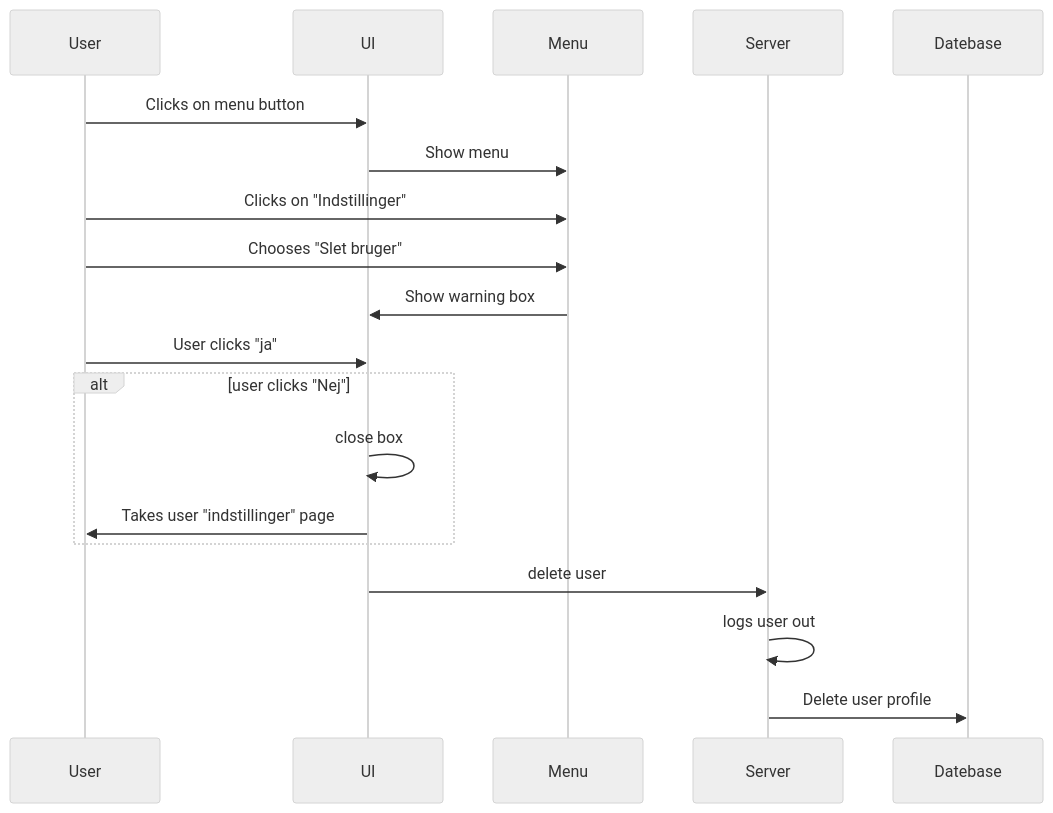
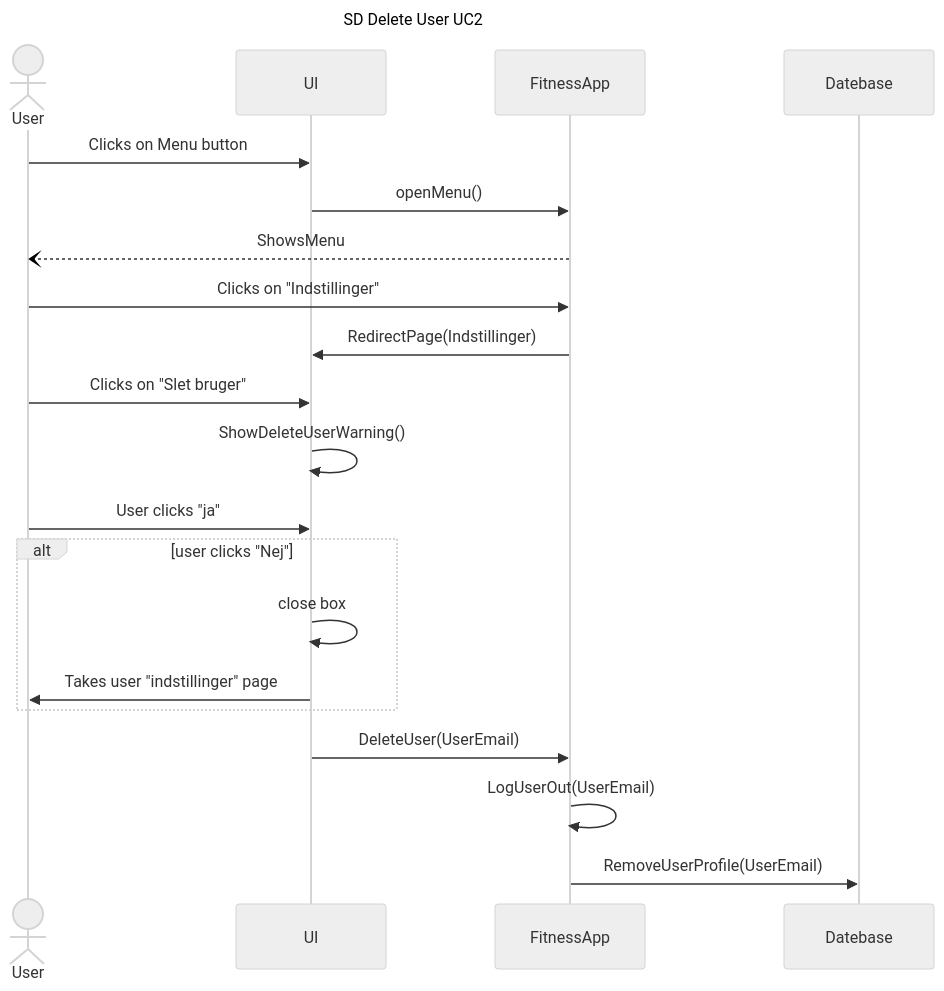
One commit to kamar-dk/Sem.Project4 changed the diagram in System Arkitektur/ApplikationSequenceDiagramUC2.md. Above: the diagram before and after it, drawn with Mermaid (neutral theme). The commit also changed other lines of this file, not shown here.

````diff
--- a/System Arkitektur/ApplikationSequenceDiagramUC2.md
+++ b/System Arkitektur/ApplikationSequenceDiagramUC2.md
@@ -1,16 +1,26 @@
 ```mermaid
+---
+title: SD Delete User UC2
+---
 sequenceDiagram
-    User ->> UI: Clicks on menu button
-    UI ->> Menu: Show menu
-    User ->> Menu: Clicks on "Indstillinger"
-    User ->> Menu: Chooses "Slet bruger"
-    Menu ->> UI: Show warning box
+
+    Actor User
+
+    User ->> UI: Clicks on Menu button
+    UI ->> FitnessApp: openMenu()
+    FitnessApp --) User: ShowsMenu
+    User ->> FitnessApp: Clicks on "Indstillinger"
+    FitnessApp ->> UI: RedirectPage(Indstillinger)
+    User ->> UI: Clicks on "Slet bruger"
+    UI ->> UI: ShowDeleteUserWarning()
     User ->> UI: User clicks "ja"
+
     alt user clicks "Nej"
         UI ->> UI: close box
         UI ->> User: Takes user "indstillinger" page
     end
-    UI ->> Server: delete user
-    Server ->> Server: logs user out
-    Server ->> Datebase: Delete user profile
+
+    UI ->> FitnessApp: DeleteUser(UserEmail)
+    FitnessApp ->> FitnessApp: LogUserOut(UserEmail)
+    FitnessApp ->> Datebase: RemoveUserProfile(UserEmail)
 ```
````
